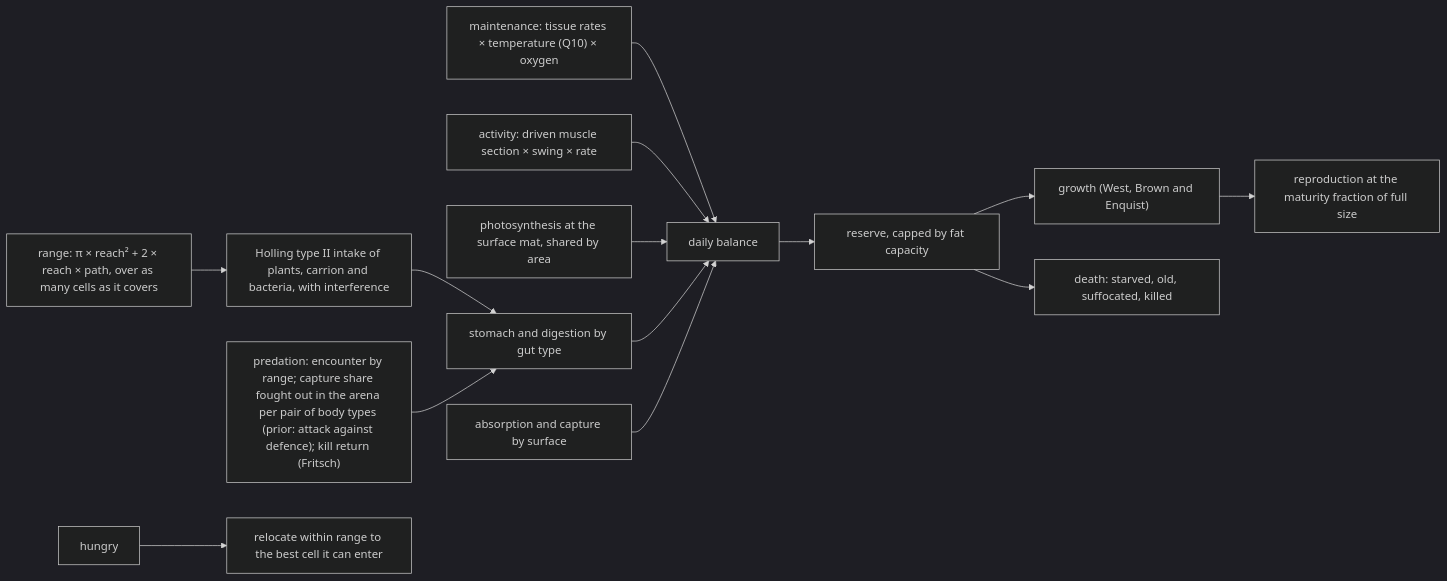
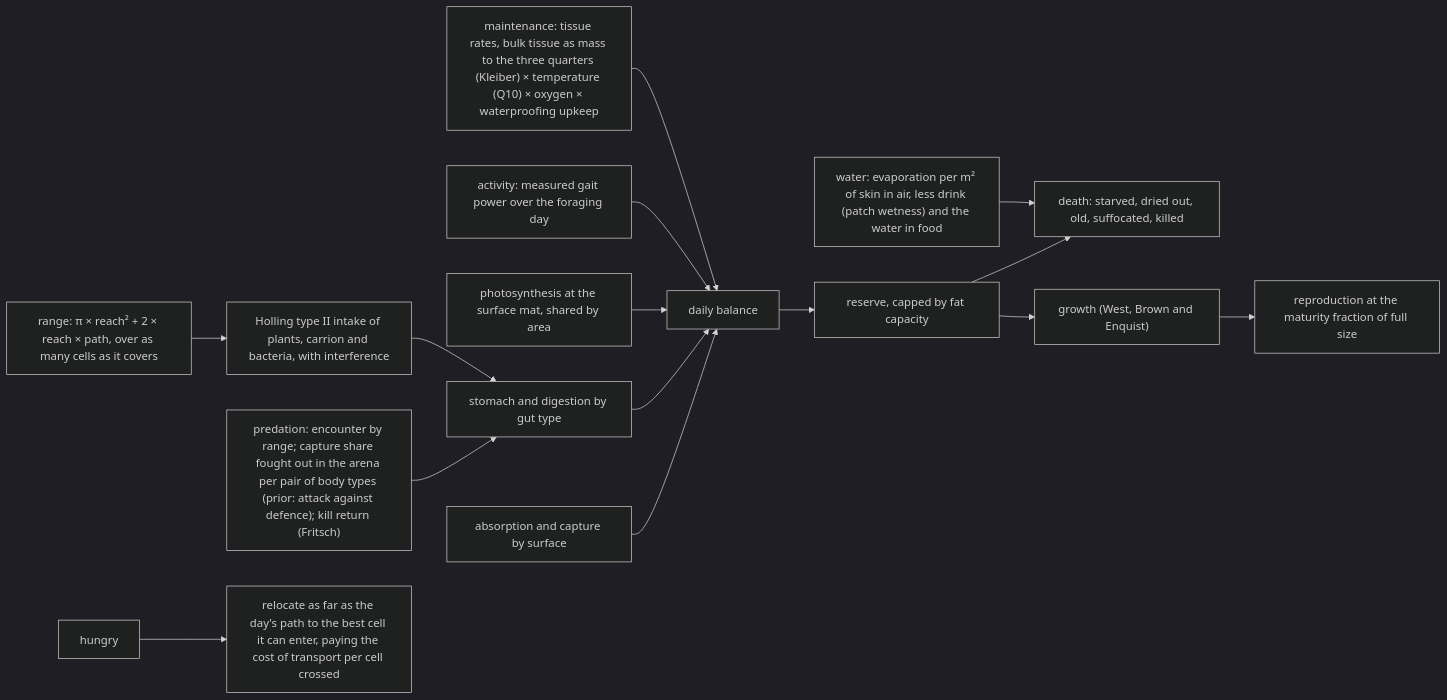
The fourth of 5 diagrams in docs/SPEC.md (Tubbles/evo-planet), drawn with Mermaid (dark theme) before and after one commit. The commit also changed other lines of this file and 2 other files, not shown here.

First line of the commit message:
Spec and model notes: water balance, Kleiber, the flake attractor; headless --dump-gaits writes the best land genomes

````diff
--- a/docs/SPEC.md
+++ b/docs/SPEC.md
@@ -405,16 +405,17 @@
 ```mermaid
 flowchart LR
-  MB["maintenance: tissue rates × temperature (Q10) × oxygen"] --> DL[daily balance]
-  AC["activity: driven muscle section × swing × rate"] --> DL
+  MB["maintenance: tissue rates, bulk tissue as mass to the three quarters (Kleiber) × temperature (Q10) × oxygen × waterproofing upkeep"] --> DL[daily balance]
+  AC["activity: measured gait power over the foraging day"] --> DL
+  WB["water: evaporation per m² of skin in air, less drink (patch wetness) and the water in food"] --> DT
   PH["photosynthesis at the surface mat, shared by area"] --> DL
   RG["range: π × reach² + 2 × reach × path, over as many cells as it covers"] --> FR["Holling type II intake of plants, carrion and bacteria, with interference"]
   FR --> GT["stomach and digestion by gut type"]
   GT --> DL
   OS["absorption and capture by surface"] --> DL
   PR["predation: encounter by range; capture share fought out in the arena per pair of body types (prior: attack against defence); kill return (Fritsch)"] --> GT
   DL --> RV["reserve, capped by fat capacity"]
   RV --> GW["growth (West, Brown and Enquist)"]
   GW --> RP["reproduction at the maturity fraction of full size"]
-  RV --> DT["death: starved, old, suffocated, killed"]
-  HG[hungry] --> MV["relocate within range to the best cell it can enter"]
+  RV --> DT["death: starved, dried out, old, suffocated, killed"]
+  HG[hungry] --> MV["relocate as far as the day's path to the best cell it can enter, paying the cost of transport per cell crossed"]
 ```
````
